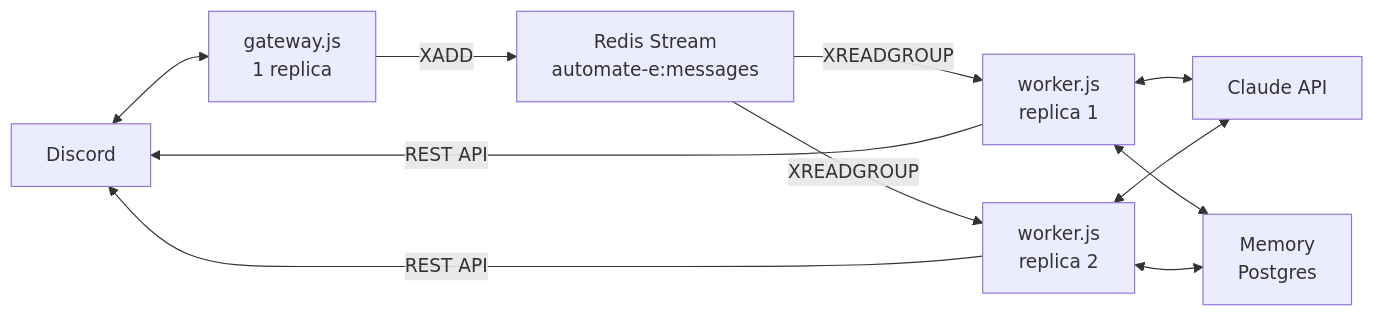
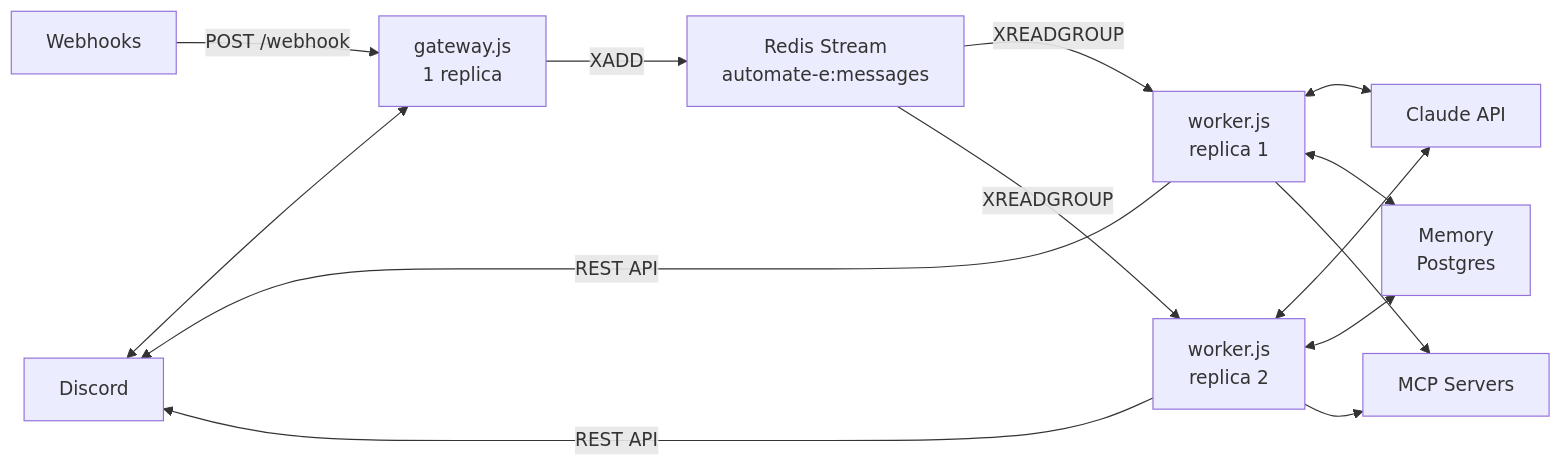
One commit to Stig-Johnny/automate-e changed the third of 5 diagrams in docs/architecture.md. Above: the diagram before and after it, drawn with Mermaid. The commit also changed other lines of this file, not shown here.

First line of the commit message:
docs: update diagrams with webhooks, MCP, correct cron schedule

````diff
--- a/docs/architecture.md
+++ b/docs/architecture.md
@@ -106,13 +109,16 @@
 ```mermaid
 graph LR
     DC[Discord] <--> GW[gateway.js<br/>1 replica]
+    WH[Webhooks] -->|POST /webhook| GW
     GW -->|XADD| RS[Redis Stream<br/>automate-e:messages]
     RS -->|XREADGROUP| W1[worker.js<br/>replica 1]
     RS -->|XREADGROUP| W2[worker.js<br/>replica 2]
     W1 -->|REST API| DC
     W2 -->|REST API| DC
     W1 <--> CL[Claude API]
     W2 <--> CL
     W1 <--> MEM[Memory<br/>Postgres]
     W2 <--> MEM
+    W1 --> MCP[MCP Servers]
+    W2 --> MCP
 ```
````
